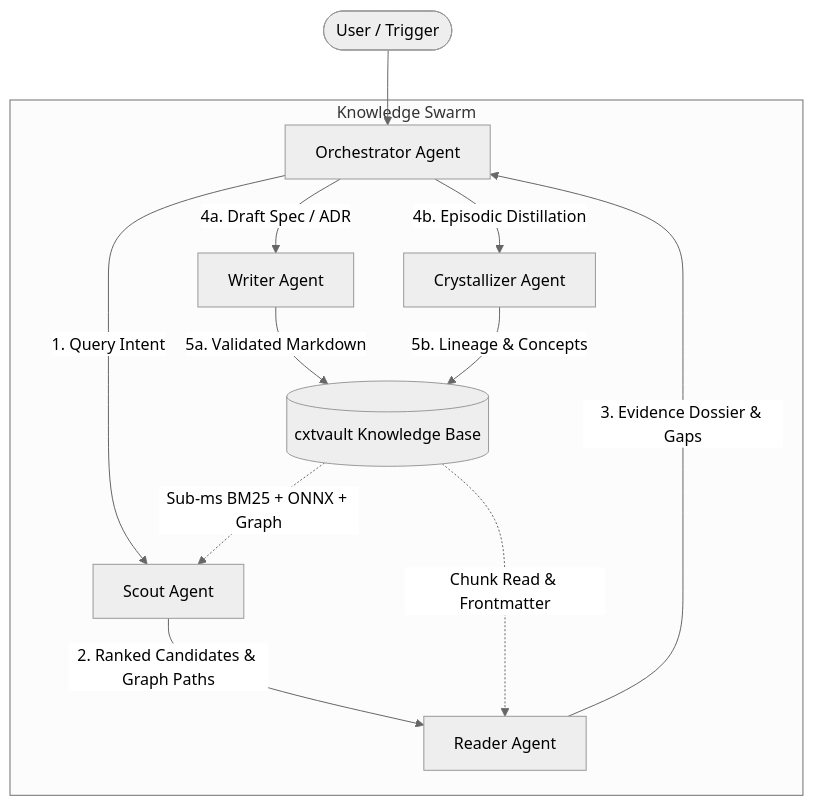
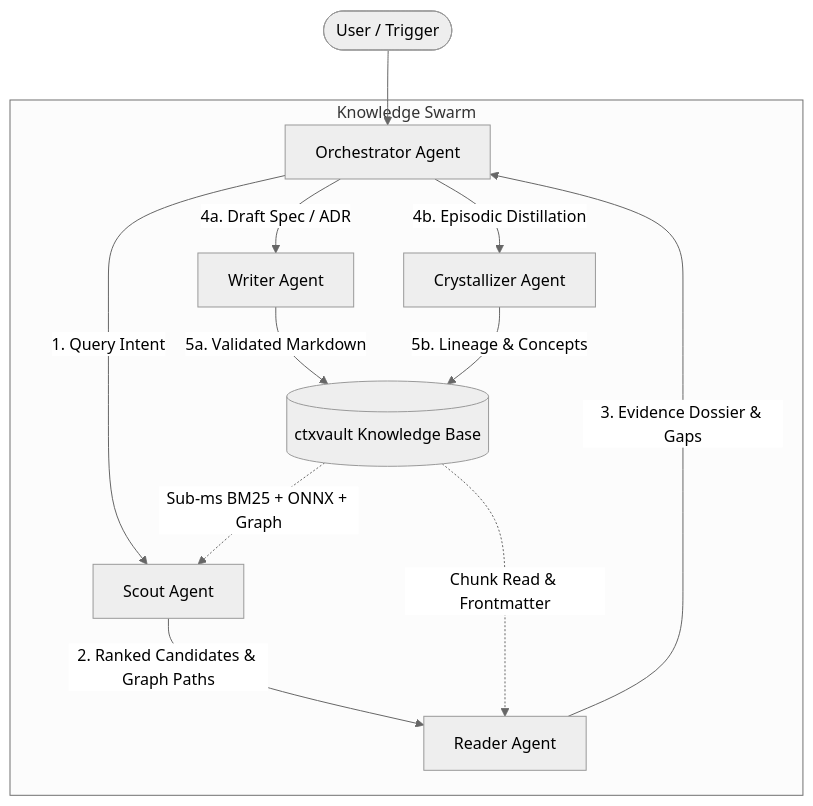
Before and after one commit to t3e1er/ctxvault: the diagram in examples/agents/swarm_orchestration.md, drawn with Mermaid (neutral theme). The commit also changed other lines of this file and 102 other files, not shown here.

First line of the commit message:
feature/rename-cxtvault-to-ctxvault (#29)

````diff
--- a/examples/agents/swarm_orchestration.md
+++ b/examples/agents/swarm_orchestration.md
@@ -5,19 +5,19 @@
 ```mermaid
 flowchart TD
     User([User / Trigger]) --> Orch[Orchestrator Agent]
     
     subgraph "Knowledge Swarm"
         Orch -->|1. Query Intent| Scout[Scout Agent]
         Scout -->|2. Ranked Candidates & Graph Paths| Reader[Reader Agent]
         Reader -->|3. Evidence Dossier & Gaps| Orch
         
         Orch -->|4a. Draft Spec / ADR| Writer[Writer Agent]
         Orch -->|4b. Episodic Distillation| Cryst[Crystallizer Agent]
         
-        Writer -->|5a. Validated Markdown| Vault[(cxtvault Knowledge Base)]
+        Writer -->|5a. Validated Markdown| Vault[(ctxvault Knowledge Base)]
         Cryst -->|5b. Lineage & Concepts| Vault
     end
     
     Vault -.->|Sub-ms BM25 + ONNX + Graph| Scout
     Vault -.->|Chunk Read & Frontmatter| Reader
 ```
````
